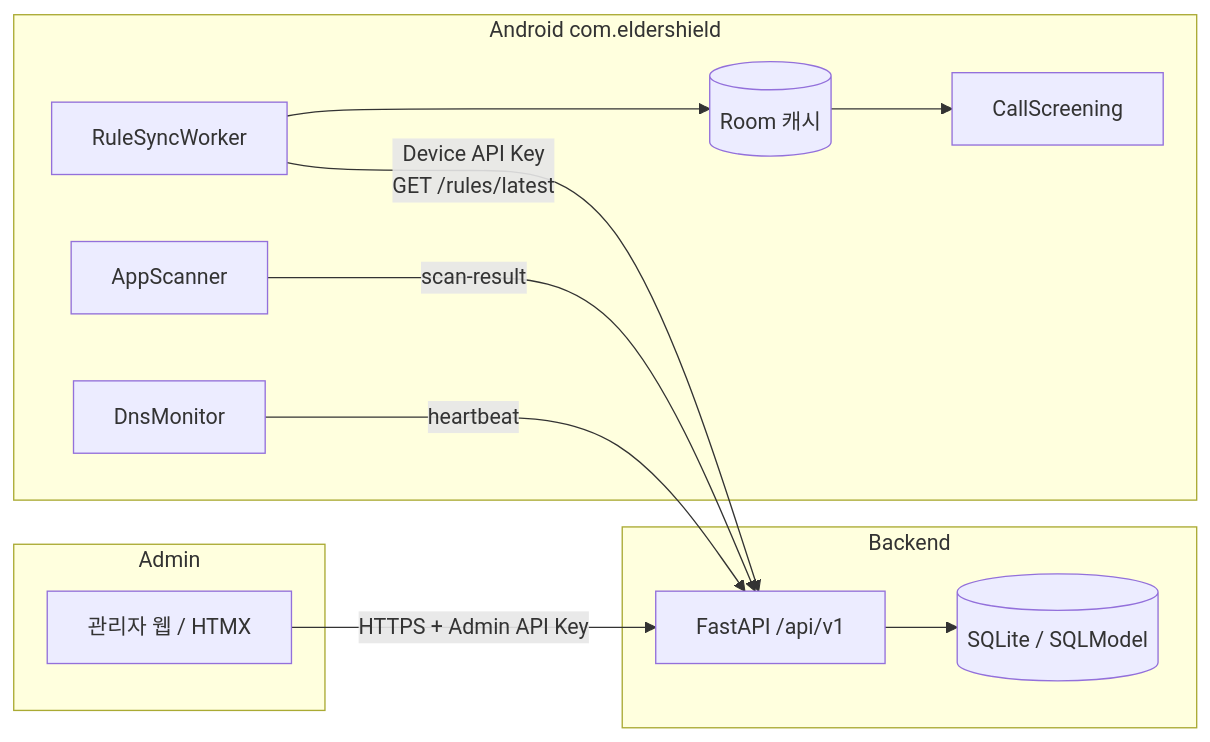
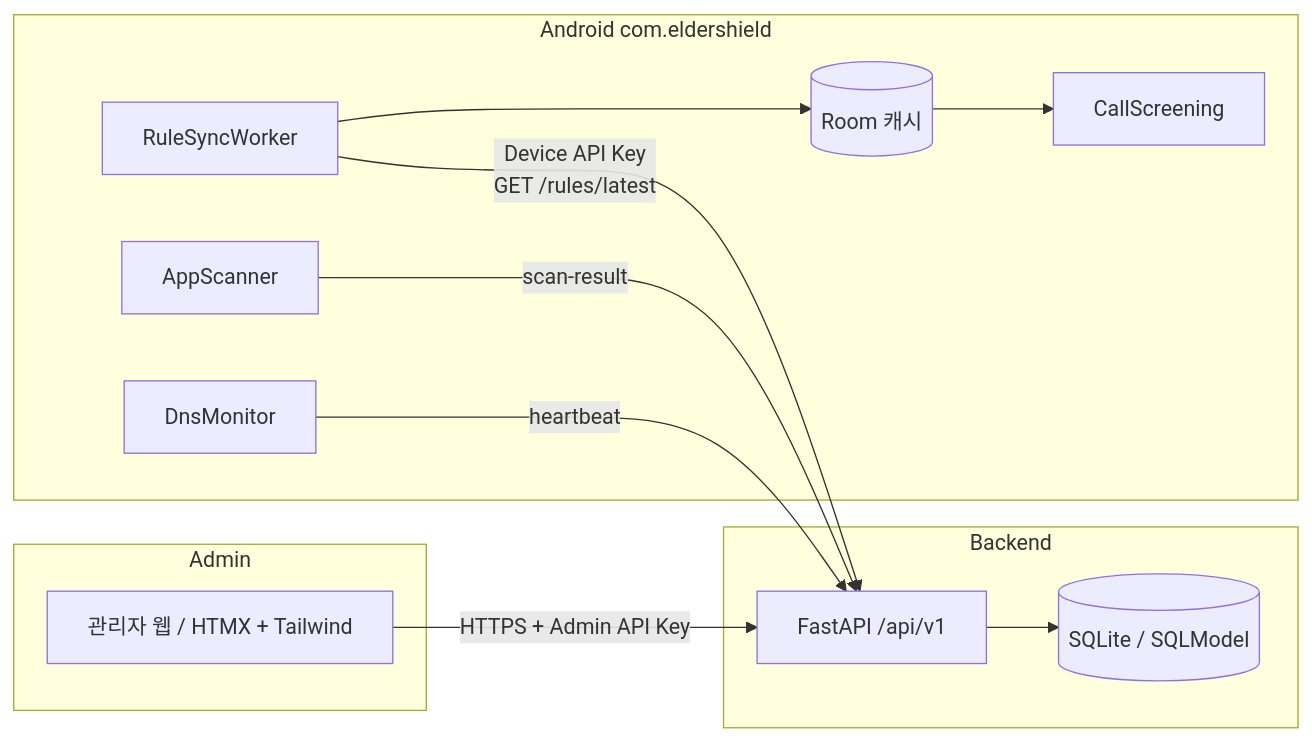
The diagram in README.ko.md (xzawed/ElderShield), drawn with Mermaid before and after one commit. The commit also changed other lines of this file and 13 other files, not shown here.

````diff
--- a/README.ko.md
+++ b/README.ko.md
@@ -51,24 +51,24 @@
 ```mermaid
 flowchart LR
   subgraph Admin
-    W[관리자 웹 / HTMX]
+    W[관리자 웹 / HTMX + Tailwind]
   end
   subgraph Backend
     API[FastAPI /api/v1]
     DB[(SQLite / SQLModel)]
   end
   subgraph Device["Android com.eldershield"]
     CS[CallScreening]
     SYNC[RuleSyncWorker]
     SCAN[AppScanner]
     DNS[DnsMonitor]
     ROOM[(Room 캐시)]
   end
   W -->|HTTPS + Admin API Key| API
   API --> DB
   SYNC -->|Device API Key<br/>GET /rules/latest| API
   SCAN -->|scan-result| API
   DNS -->|heartbeat| API
   SYNC --> ROOM
   ROOM --> CS
 ```
````
